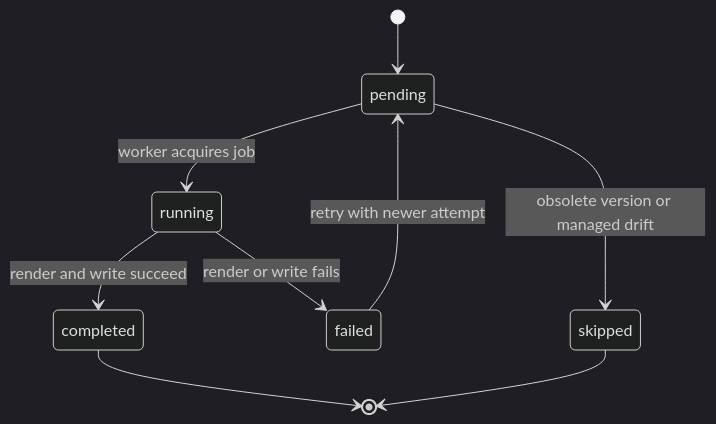
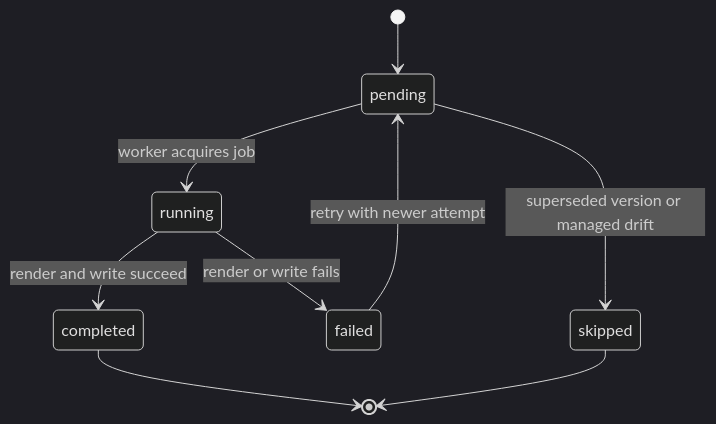
The eighth of 10 diagrams in docs/en/reference/storage-and-ddl.md (minjungw00/Harness_Project), drawn with Mermaid (dark theme) before and after one commit. The commit also changed other lines of this file and 75 other files, not shown here.

````diff
--- a/docs/en/reference/storage-and-ddl.md
+++ b/docs/en/reference/storage-and-ddl.md
@@ -1311,11 +1311,11 @@
 ```mermaid
 stateDiagram-v2
   [*] --> pending
   pending --> running: worker acquires job
   running --> completed: render and write succeed
   running --> failed: render or write fails
   failed --> pending: retry with newer attempt
-  pending --> skipped: obsolete version or managed drift
+  pending --> skipped: superseded version or managed drift
   completed --> [*]
   skipped --> [*]
 ```
````
